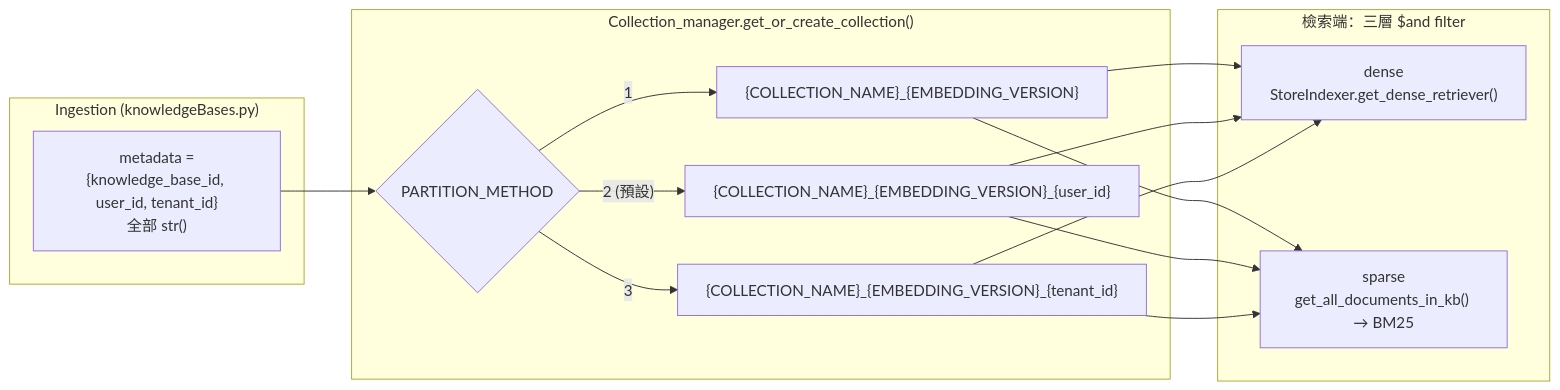
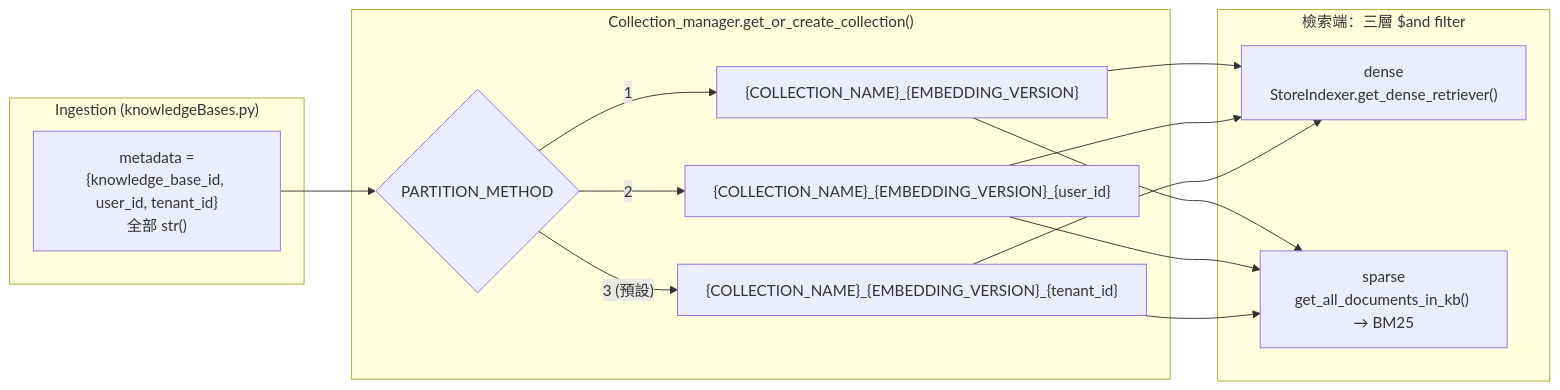
One commit to jltz1207/LoginFastapi changed the third of 5 diagrams in docs/vectorstore/vectorstore-collection-partitioning-20261009.md. Above: the diagram before and after it, drawn with Mermaid. The commit also changed other lines of this file and 3 other files, not shown here.

````diff
--- a/docs/vectorstore/vectorstore-collection-partitioning-20261009.md
+++ b/docs/vectorstore/vectorstore-collection-partitioning-20261009.md
@@ -67,18 +67,18 @@
 ```mermaid
 flowchart LR
     subgraph Ingestion["Ingestion (knowledgeBases.py)"]
         M["metadata =<br/>{knowledge_base_id, user_id, tenant_id}<br/>全部 str()"]
     end
     subgraph Collection["Collection_manager.get_or_create_collection()"]
         S{"PARTITION_METHOD"}
         S -->|1| G["{COLLECTION_NAME}_{EMBEDDING_VERSION}"]
-        S -->|"2 (預設)"| PU["{COLLECTION_NAME}_{EMBEDDING_VERSION}_{user_id}"]
-        S -->|3| PT["{COLLECTION_NAME}_{EMBEDDING_VERSION}_{tenant_id}"]
+        S -->|2| PU["{COLLECTION_NAME}_{EMBEDDING_VERSION}_{user_id}"]
+        S -->|"3 (預設)"| PT["{COLLECTION_NAME}_{EMBEDDING_VERSION}_{tenant_id}"]
     end
     subgraph Query["檢索端：三層 $and filter"]
         D["dense<br/>StoreIndexer.get_dense_retriever()"]
         B["sparse<br/>get_all_documents_in_kb() → BM25"]
     end
     M --> S
     G & PU & PT --> D & B
 ```
````
